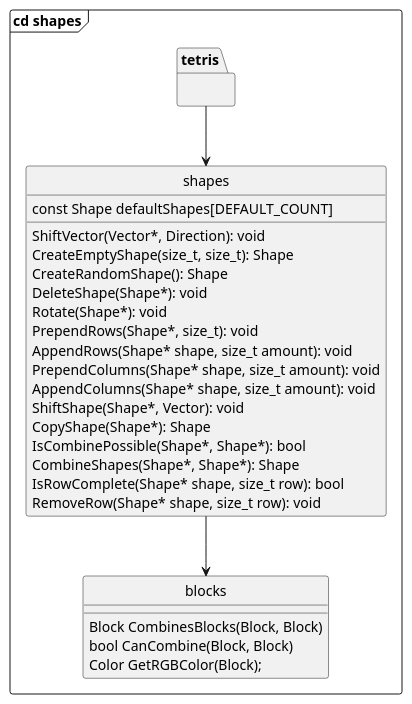
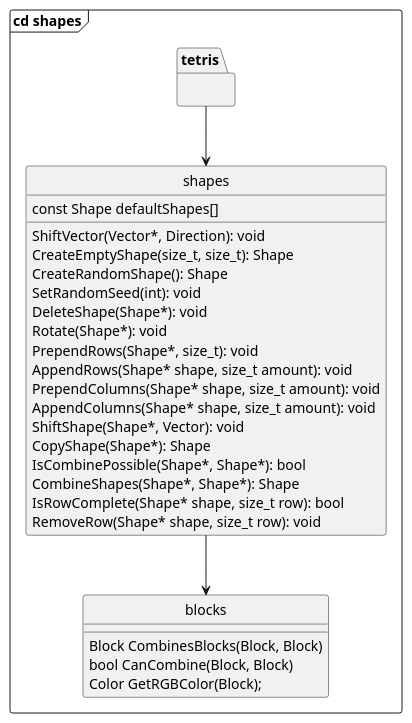
Before and after one commit to Yoda92/AMS_TETRIS: the diagram in diagrams/cd_shapes.wsd, drawn with PlantUML. The commit also changed 3 other files, not shown here.

Commit message:
Diagram fixes

```diff
--- a/diagrams/cd_shapes.wsd
+++ b/diagrams/cd_shapes.wsd
@@ -1,34 +1,35 @@
 @startuml
 hide circle
 top to bottom direction
 
 frame "cd shapes" {
     package tetris {}
     class blocks {
         Block CombinesBlocks(Block, Block)
         bool CanCombine(Block, Block)
         Color GetRGBColor(Block);
     }
     class shapes {
-        const Shape defaultShapes[DEFAULT_COUNT]
+        const Shape defaultShapes[]
         ShiftVector(Vector*, Direction): void
         CreateEmptyShape(size_t, size_t): Shape
         CreateRandomShape(): Shape
+        SetRandomSeed(int): void
         DeleteShape(Shape*): void
         Rotate(Shape*): void
         PrependRows(Shape*, size_t): void
         AppendRows(Shape* shape, size_t amount): void
         PrependColumns(Shape* shape, size_t amount): void
         AppendColumns(Shape* shape, size_t amount): void
         ShiftShape(Shape*, Vector): void
         CopyShape(Shape*): Shape
         IsCombinePossible(Shape*, Shape*): bool
         CombineShapes(Shape*, Shape*): Shape
         IsRowComplete(Shape* shape, size_t row): bool
         RemoveRow(Shape* shape, size_t row): void
     }
 
     tetris --> shapes
     shapes --> blocks
 }
 @enduml
```
